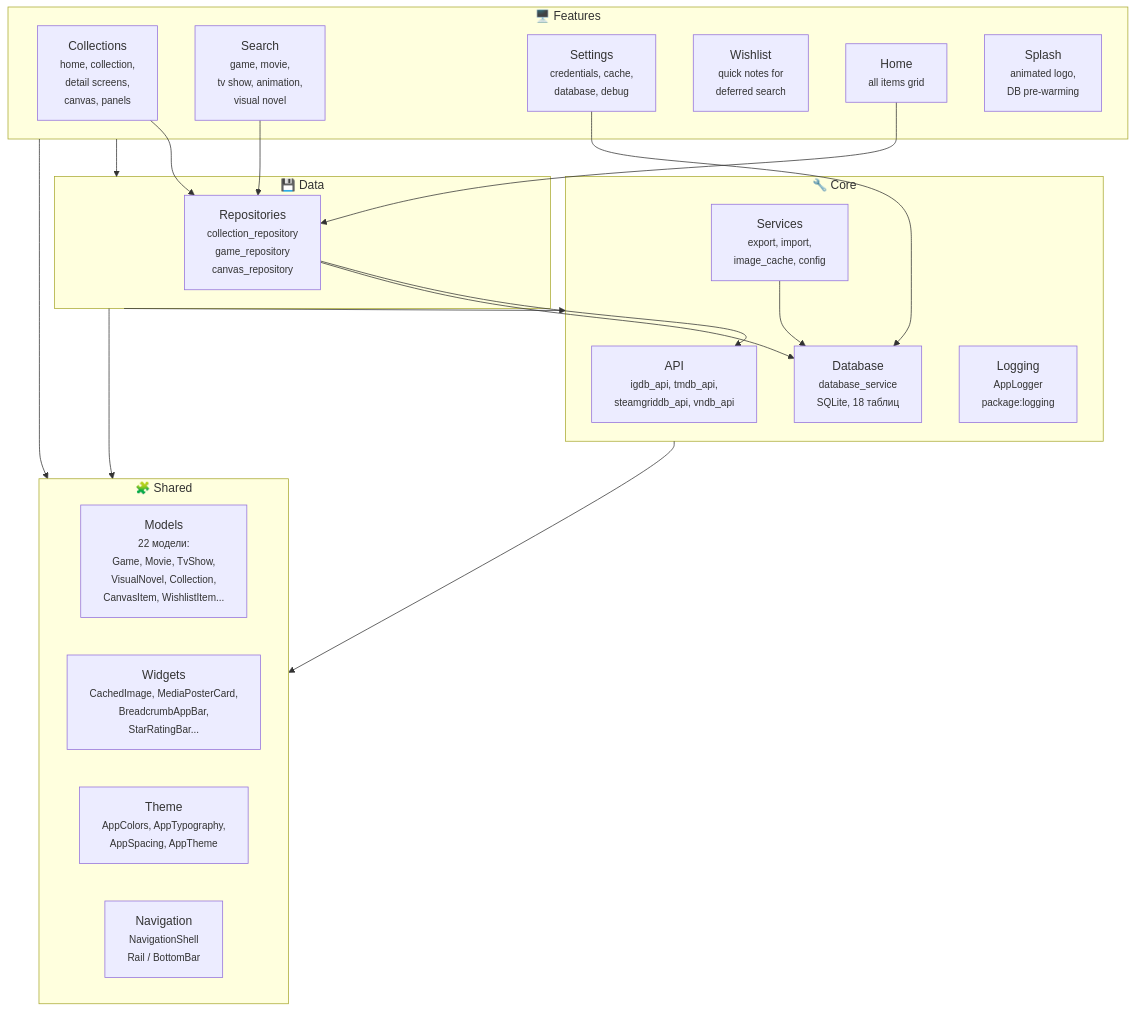
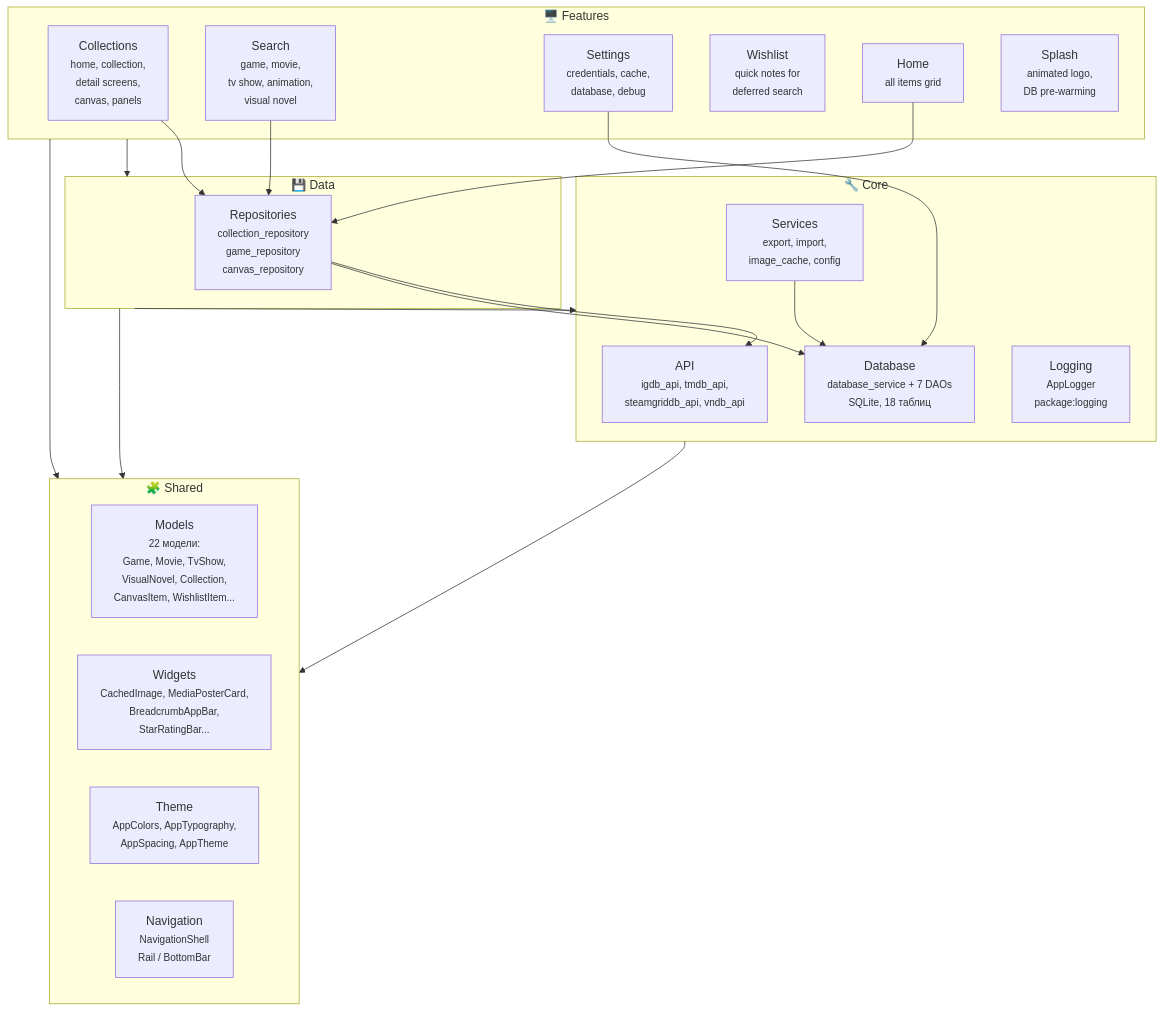
Before and after one commit to hacan359/tonkatsu_box: the first of 2 diagrams in docs/ARCHITECTURE.md, drawn with Mermaid. The commit also changed other lines of this file and 19 other files, not shown here.

First line of the commit message:
refactor: extract 7 DAO classes from DatabaseService

````diff
--- a/docs/ARCHITECTURE.md
+++ b/docs/ARCHITECTURE.md
@@ -24,43 +24,43 @@
 ```mermaid
 graph TB
     subgraph core ["🔧 Core"]
         api["API<br/><small>igdb_api, tmdb_api,<br/>steamgriddb_api, vndb_api</small>"]
-        database["Database<br/><small>database_service<br/>SQLite, 18 таблиц</small>"]
+        database["Database<br/><small>database_service + 7 DAOs<br/>SQLite, 18 таблиц</small>"]
         logging["Logging<br/><small>AppLogger<br/>package:logging</small>"]
         services["Services<br/><small>export, import,<br/>image_cache, config</small>"]
     end
 
     subgraph data ["💾 Data"]
         repositories["Repositories<br/><small>collection_repository<br/>game_repository<br/>canvas_repository</small>"]
     end
 
     subgraph features ["🖥️ Features"]
         collections["Collections<br/><small>home, collection,<br/>detail screens,<br/>canvas, panels</small>"]
         search["Search<br/><small>game, movie,<br/>tv show, animation,<br/>visual novel</small>"]
         settings["Settings<br/><small>credentials, cache,<br/>database, debug</small>"]
         wishlist["Wishlist<br/><small>quick notes for<br/>deferred search</small>"]
         home["Home<br/><small>all items grid</small>"]
         splash["Splash<br/><small>animated logo,<br/>DB pre-warming</small>"]
     end
 
     subgraph shared ["🧩 Shared"]
         models["Models<br/><small>22 модели:<br/>Game, Movie, TvShow,<br/>VisualNovel, Collection,<br/>CanvasItem, WishlistItem...</small>"]
         widgets["Widgets<br/><small>CachedImage, MediaPosterCard,<br/>BreadcrumbAppBar,<br/>StarRatingBar...</small>"]
         theme["Theme<br/><small>AppColors, AppTypography,<br/>AppSpacing, AppTheme</small>"]
         navigation["Navigation<br/><small>NavigationShell<br/>Rail / BottomBar</small>"]
     end
 
     features --> data
     features --> shared
     data --> core
     data --> shared
     core --> shared
 
     collections --> repositories
     search --> repositories
     settings --> database
     home --> repositories
     repositories --> api
     repositories --> database
     services --> database
 ```
````
